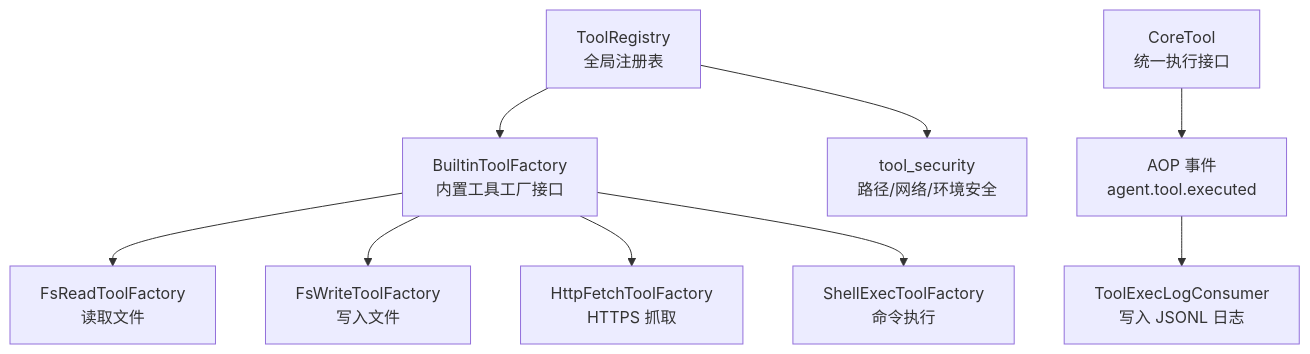
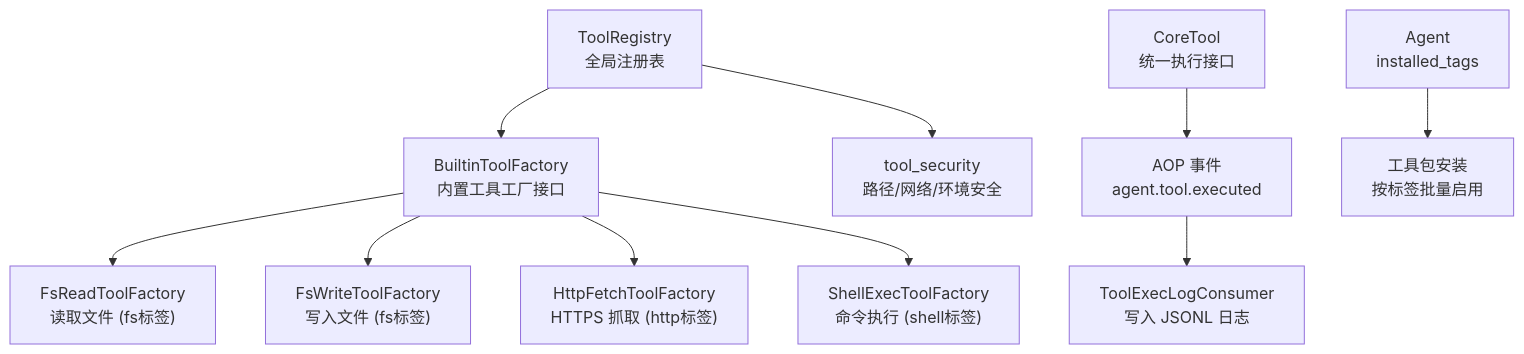
The first of 6 diagrams in .qoder/repowiki/zh/content/核心模块/工具注册表/内置工具系统.md (runningcoders/ai_orz), drawn with Mermaid before and after one commit. The commit also changed other lines of this file and 299 other files, not shown here.

````diff
--- a/.qoder/repowiki/zh/content/核心模块/工具注册表/内置工具系统.md
+++ b/.qoder/repowiki/zh/content/核心模块/工具注册表/内置工具系统.md
@@ -39,11 +52,12 @@
 ```mermaid
 graph TB
 A["ToolRegistry<br/>全局注册表"] --> B["BuiltinToolFactory<br/>内置工具工厂接口"]
-B --> C["FsReadToolFactory<br/>读取文件"]
-B --> D["FsWriteToolFactory<br/>写入文件"]
-B --> E["HttpFetchToolFactory<br/>HTTPS 抓取"]
-B --> F["ShellExecToolFactory<br/>命令执行"]
+B --> C["FsReadToolFactory<br/>读取文件 (fs标签)"]
+B --> D["FsWriteToolFactory<br/>写入文件 (fs标签)"]
+B --> E["HttpFetchToolFactory<br/>HTTPS 抓取 (http标签)"]
+B --> F["ShellExecToolFactory<br/>命令执行 (shell标签)"]
 A --> G["tool_security<br/>路径/网络/环境安全"]
 H["CoreTool<br/>统一执行接口"] --> I["AOP 事件<br/>agent.tool.executed"]
 I --> J["ToolExecLogConsumer<br/>写入 JSONL 日志"]
+K["Agent<br/>installed_tags"] --> L["工具包安装<br/>按标签批量启用"]
 ```
````
